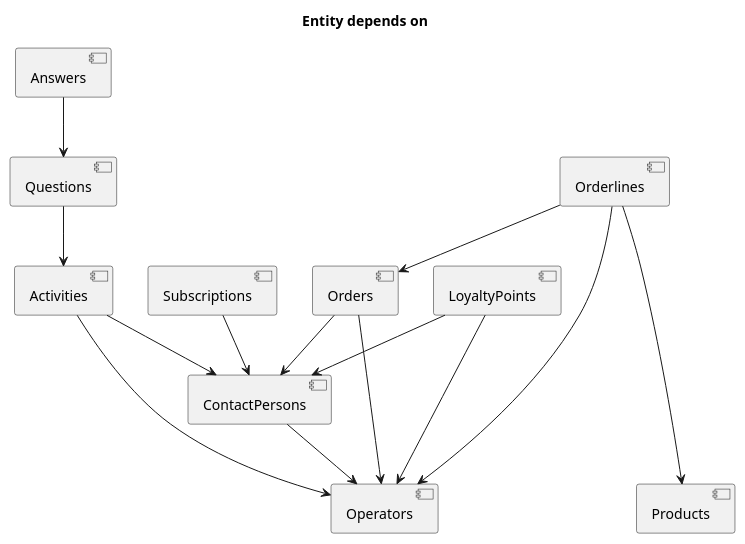
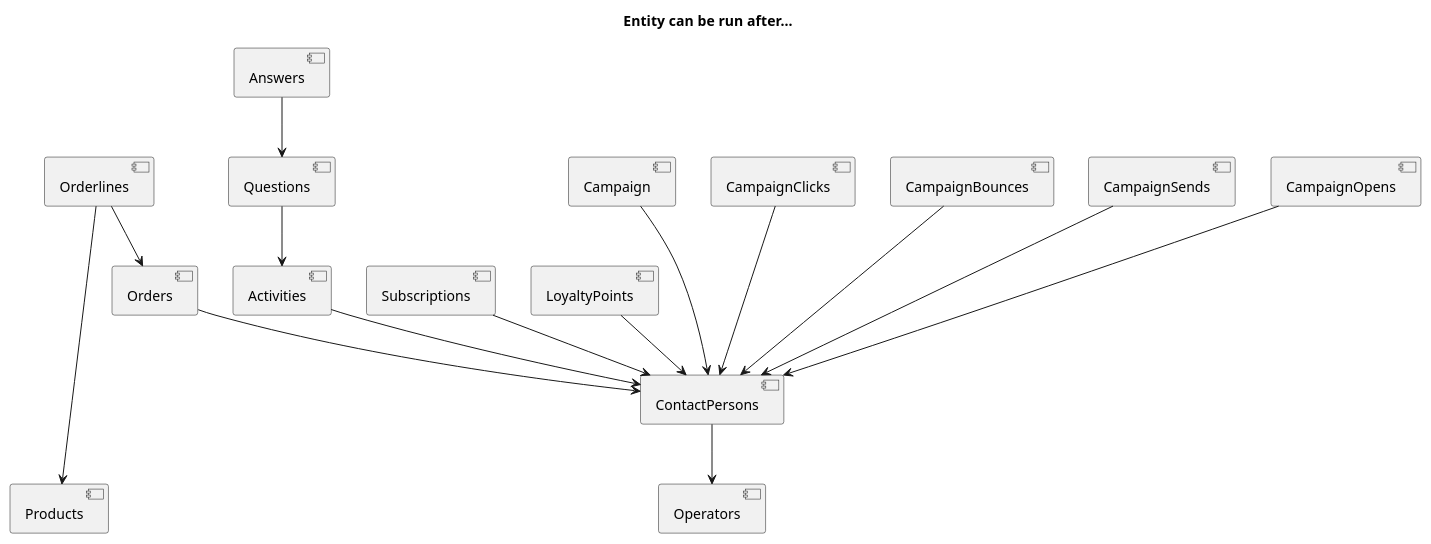
The diagram in diagram/Entity dependencies.plantuml (kishorem-mf/spark-jobs), drawn with PlantUML before and after one commit.

Commit message:
Updated dependency diagram with campaign entities

```diff
--- a/diagram/Entity dependencies.plantuml
+++ b/diagram/Entity dependencies.plantuml
@@ -1,36 +1,52 @@
 @startuml
-title Entity depends on
+title Entity can be run after...
 
 [ContactPersons] as CP
 [Operators] as OP
 [Orders] as OD
 [Orderlines] as OL
 [Products] as PD
 [Activities] as AC
 [Questions] as QU
 [Answers] as AN
 [Subscriptions] as SC
 [LoyaltyPoints] as LP
 
+[Campaign] as CMP
+[CampaignClicks] as CMPC
+[CampaignBounces] as CMPB
+[CampaignSends] as CMPS
+[CampaignOpens] as CMPO
+
 CP --> OP
 
 OD --> CP
-OD --> OP
+' OD --> OP
 
 OL --> OD
-OL --> OP
+' OL --> OP
 OL ----> PD
 
-AC --> OP
+' AC --> OP
 AC --> CP
 
 QU --> AC
 
 AN --> QU
 
 SC --> CP
 
-LP --> OP
+' LP --> OP
 LP --> CP
 
+CMP ---> CP
+' CMPC ---> OP
+CMPC ---> CP
+' CMPB ---> OP
+CMPB ---> CP
+' CMPS ---> OP
+CMPS ---> CP
+' CMPO ---> OP
+CMPO ---> CP
+
 @enduml
```
